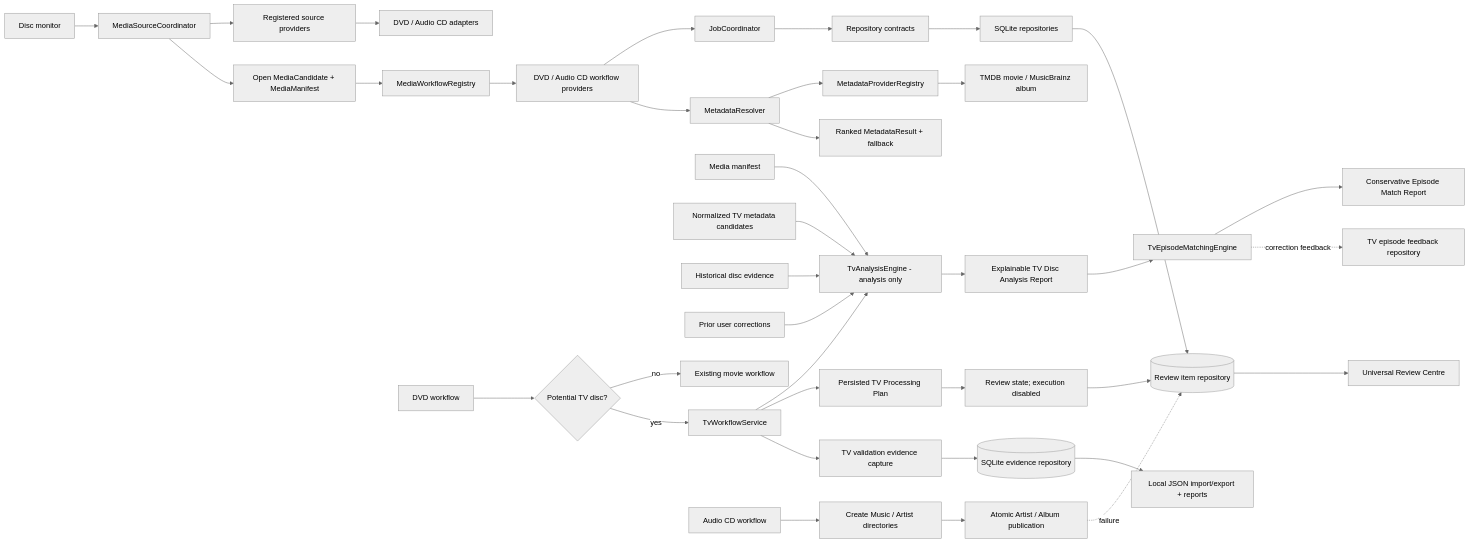
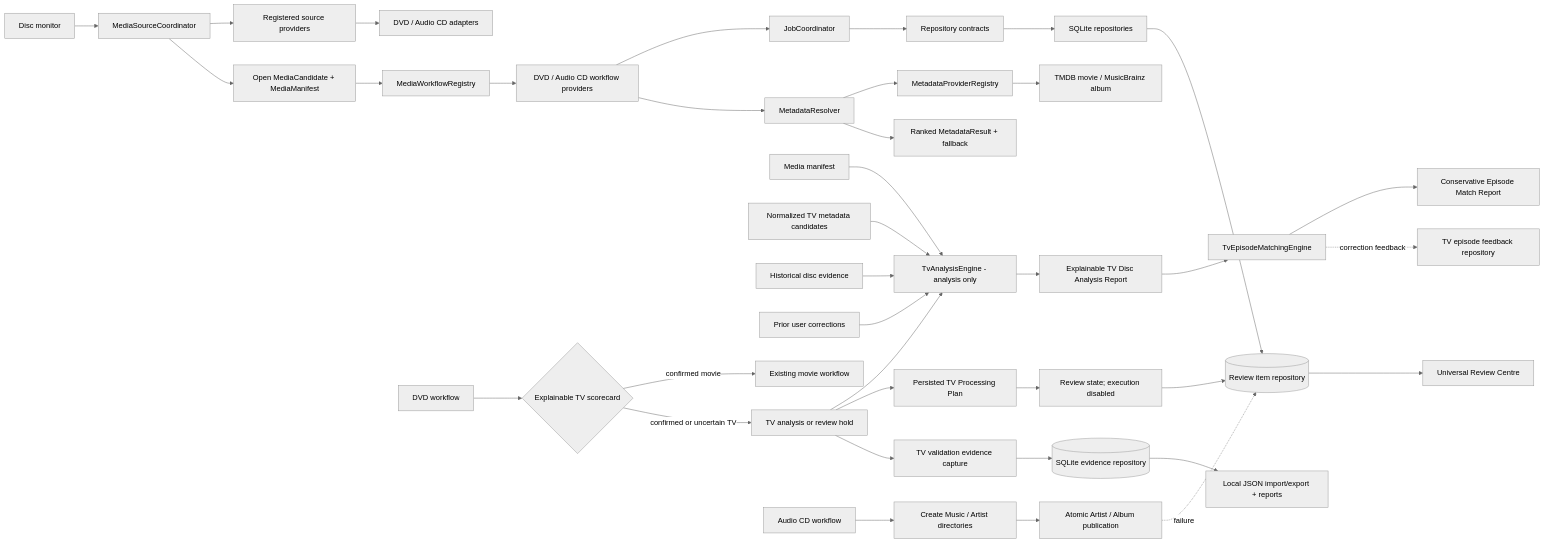
Before and after one commit to nick709r/DVDTOJELLYFIN: the diagram in docs/V2-ARCHITECTURE.md, drawn with Mermaid (neutral theme). The commit also changed other lines of this file and 18 other files, not shown here.

````diff
--- a/docs/V2-ARCHITECTURE.md
+++ b/docs/V2-ARCHITECTURE.md
@@ -50,44 +50,44 @@
 ```mermaid
 flowchart LR
   Monitor[Disc monitor] --> SourceCoordinator[MediaSourceCoordinator]
   SourceCoordinator --> SourceRegistry[Registered source providers]
   SourceRegistry --> Sources[DVD / Audio CD adapters]
   SourceCoordinator --> Candidate[Open MediaCandidate + MediaManifest]
   Candidate --> WorkflowRegistry[MediaWorkflowRegistry]
   WorkflowRegistry --> Workflows[DVD / Audio CD workflow providers]
   Workflows --> JobCoordinator[JobCoordinator]
   JobCoordinator --> RepositoryPorts[Repository contracts]
   RepositoryPorts --> SqliteAdapters[SQLite repositories]
   SqliteAdapters --> ReviewItems[(Review item repository)]
   ReviewItems --> ReviewCentre[Universal Review Centre]
   Workflows --> MetadataResolver[MetadataResolver]
   MetadataResolver --> MetadataRegistry[MetadataProviderRegistry]
   MetadataRegistry --> MetadataProviders[TMDB movie / MusicBrainz album]
   MetadataResolver --> Ranked[Ranked MetadataResult + fallback]
   Manifest[Media manifest]
   Metadata[Normalized TV metadata candidates]
   History[Historical disc evidence]
   Corrections[Prior user corrections]
   DVD[DVD workflow]
   Manifest --> TvAnalysis[TvAnalysisEngine - analysis only]
   Metadata --> TvAnalysis
   History --> TvAnalysis
   Corrections --> TvAnalysis
   TvAnalysis --> TvReport[Explainable TV Disc Analysis Report]
   TvReport --> EpisodeMatcher[TvEpisodeMatchingEngine]
   EpisodeMatcher --> MatchReport[Conservative Episode Match Report]
   EpisodeMatcher -. correction feedback .-> FeedbackStore[TV episode feedback repository]
-  DVD --> TvPrefilter{Potential TV disc?}
-  TvPrefilter -- no --> MovieWorkflow[Existing movie workflow]
-  TvPrefilter -- yes --> TvWorkflow[TvWorkflowService]
+  DVD --> TvPrefilter{Explainable TV scorecard}
+  TvPrefilter -- confirmed movie --> MovieWorkflow[Existing movie workflow]
+  TvPrefilter -- confirmed or uncertain TV --> TvWorkflow[TV analysis or review hold]
   TvWorkflow --> TvAnalysis
   TvWorkflow --> Plan[Persisted TV Processing Plan]
   Plan --> Review[Review state; execution disabled]
   Review --> ReviewItems
   AudioCD[Audio CD workflow] --> MusicFolders[Create Music / Artist directories]
   MusicFolders --> AlbumPublish[Atomic Artist / Album publication]
   AlbumPublish -. failure .-> ReviewItems
   TvWorkflow --> Evidence[TV validation evidence capture]
   Evidence --> ValidationStore[(SQLite evidence repository)]
   ValidationStore --> Dataset[Local JSON import/export + reports]
 ```
````
